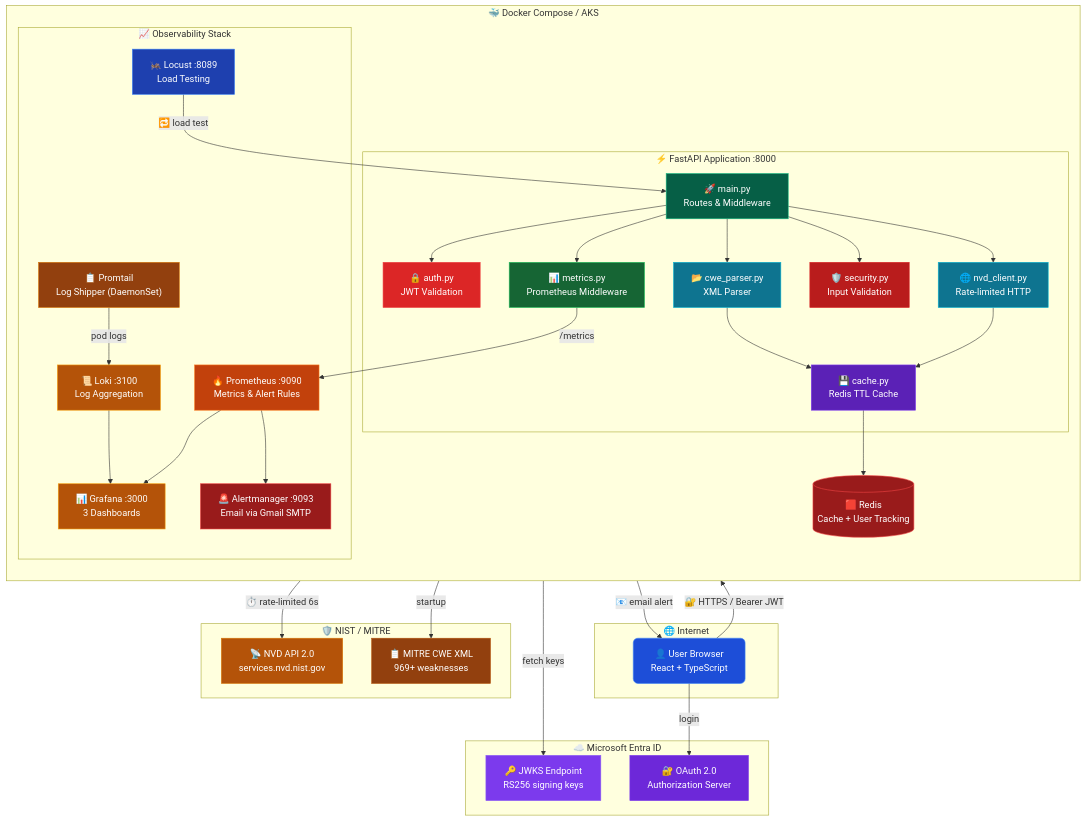
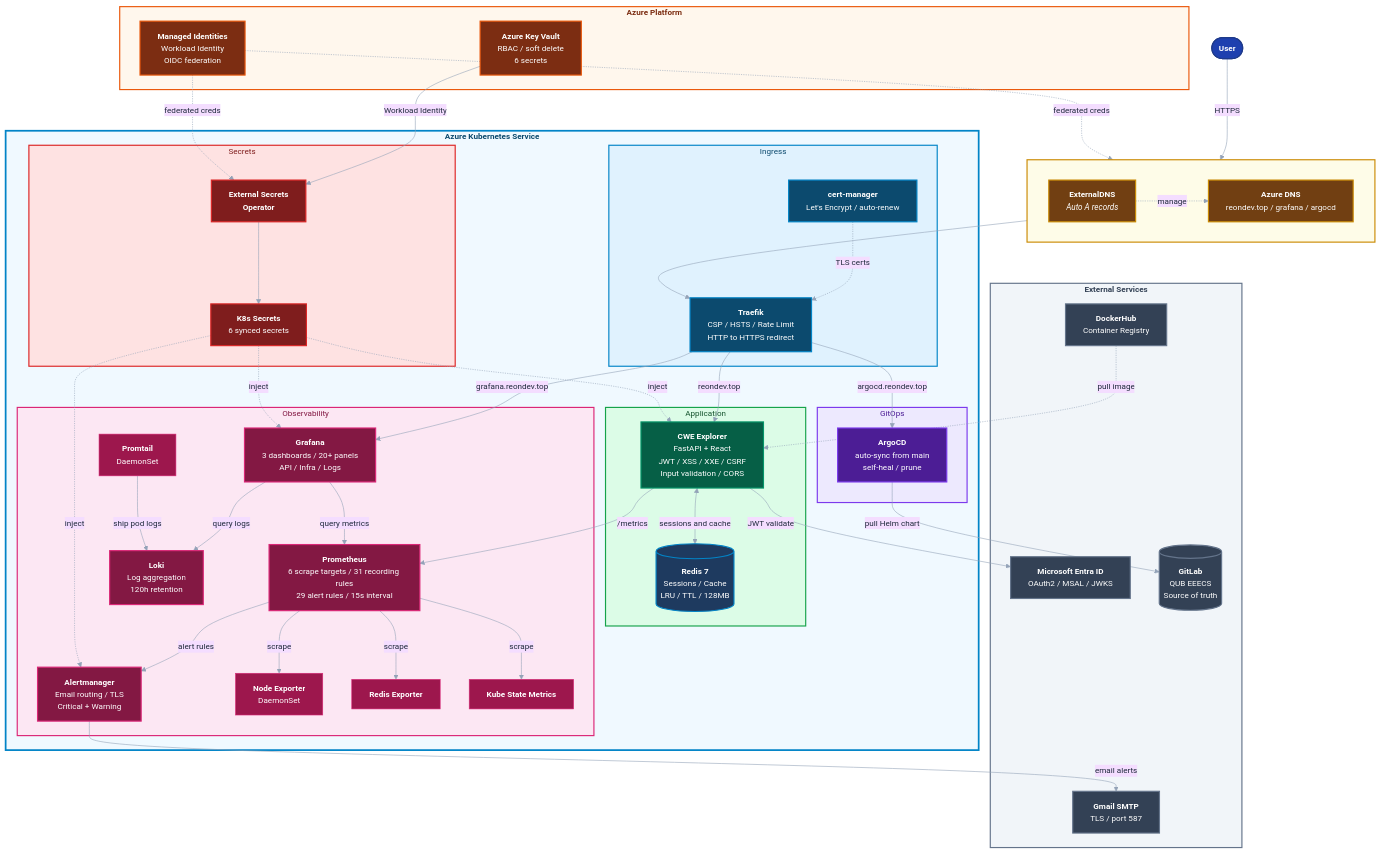
Before and after one commit to reonbritto/test-proj: the first of 2 diagrams in README.md, drawn with Mermaid. The commit also changed other lines of this file, not shown here.

````diff
--- a/README.md
+++ b/README.md
@@ -48,75 +70,123 @@
 ```mermaid
-graph TB
-    subgraph Internet["🌐 Internet"]
-        USER["👤 User Browser\nReact + TypeScript"]
+%%{init: {'theme': 'base', 'themeVariables': {'fontSize': '14px', 'lineColor': '#94a3b8', 'primaryTextColor': '#1e293b'}}}%%
+flowchart TD
+    User(["<b>User</b>"])
+
+    User -->|HTTPS| DNS
+
+    subgraph INTERNET[" "]
+        direction LR
+        DNS["<b>Azure DNS</b><br/>reondev.top / grafana / argocd"]
+        ExtDNS["<b>ExternalDNS</b><br/><i>Auto A records</i>"]
+        ExtDNS -.->|manage| DNS
     end
 
-    subgraph AzureAD["☁️ Microsoft Entra ID"]
-        JWKS["🔑 JWKS Endpoint\nRS256 signing keys"]
-        OAUTH["🔐 OAuth 2.0\nAuthorization Server"]
+    DNS --> Traefik
+
+    subgraph AKS["<b>Azure Kubernetes Service</b>"]
+
+        subgraph INGRESS["Ingress"]
+            Traefik["<b>Traefik</b><br/>CSP / HSTS / Rate Limit<br/>HTTP to HTTPS redirect"]
+            CertMgr["<b>cert-manager</b><br/>Let's Encrypt / auto-renew"]
+            CertMgr -.->|TLS certs| Traefik
+        end
+
+        subgraph APPLICATION["Application"]
+            App["<b>CWE Explorer</b><br/>FastAPI + React<br/>JWT / XSS / XXE / CSRF<br/>Input validation / CORS"]
+            Redis[("<b>Redis 7</b><br/>Sessions / Cache<br/>LRU / TTL / 128MB")]
+            App <-->|sessions and cache| Redis
+        end
+
+        subgraph OBSERVABILITY["Observability"]
+            Prometheus["<b>Prometheus</b><br/>6 scrape targets / 31 recording rules<br/>29 alert rules / 15s interval"]
+            Grafana["<b>Grafana</b><br/>3 dashboards / 20+ panels<br/>API / Infra / Logs"]
+            Loki["<b>Loki</b><br/>Log aggregation<br/>120h retention"]
+            AM["<b>Alertmanager</b><br/>Email routing / TLS<br/>Critical + Warning"]
+            Promtail["<b>Promtail</b><br/>DaemonSet"]
+            NodeExp["<b>Node Exporter</b><br/>DaemonSet"]
+            RedisExp["<b>Redis Exporter</b>"]
+            KSM["<b>Kube State Metrics</b>"]
+        end
+
+        subgraph GITOPS["GitOps"]
+            ArgoCD["<b>ArgoCD</b><br/>auto-sync from main<br/>self-heal / prune"]
+        end
+
+        subgraph SECRETS["Secrets"]
+            ESO["<b>External Secrets<br/>Operator</b>"]
+            K8sSec["<b>K8s Secrets</b><br/>6 synced secrets"]
+            ESO --> K8sSec
+        end
     end
 
-    subgraph NVD["🛡️ NIST / MITRE"]
-        NVDAPI["📡 NVD API 2.0\nservices.nvd.nist.gov"]
-        MITRE["📋 MITRE CWE XML\n969+ weaknesses"]
+    subgraph AZURE["<b>Azure Platform</b>"]
+        KV["<b>Azure Key Vault</b><br/>RBAC / soft delete<br/>6 secrets"]
+        MID["<b>Managed Identities</b><br/>Workload Identity<br/>OIDC federation"]
     end
 
-    subgraph App["🐳 Docker Compose / AKS"]
-        direction TB
-
-        subgraph Backend["⚡ FastAPI Application :8000"]
-            MAIN["🚀 main.py\nRoutes & Middleware"]
-            AUTH["🔒 auth.py\nJWT Validation"]
-            NVD_C["🌐 nvd_client.py\nRate-limited HTTP"]
-            CWE_P["📂 cwe_parser.py\nXML Parser"]
-            CACHE["💾 cache.py\nRedis TTL Cache"]
-            SEC["🛡️ security.py\nInput Validation"]
-            METRICS_M["📊 metrics.py\nPrometheus Middleware"]
-        end
-
-        subgraph Observability["📈 Observability Stack"]
-            PROM["🔥 Prometheus :9090\nMetrics & Alert Rules"]
-            GRAF["📊 Grafana :3000\n3 Dashboards"]
-            ALERT["🚨 Alertmanager :9093\nEmail via Gmail SMTP"]
-            LOKI["📜 Loki :3100\nLog Aggregation"]
-            PROMTAIL["📋 Promtail\nLog Shipper (DaemonSet)"]
-            LOCUST["🦗 Locust :8089\nLoad Testing"]
-        end
-
-        REDIS[("🟥 Redis\nCache + User Tracking")]
+    subgraph EXTERNAL["<b>External Services</b>"]
+        MSAL["<b>Microsoft Entra ID</b><br/>OAuth2 / MSAL / JWKS"]
+        SMTP["<b>Gmail SMTP</b><br/>TLS / port 587"]
+        Hub["<b>DockerHub</b><br/>Container Registry"]
+        GL[("<b>GitLab</b><br/>QUB EEECS<br/>Source of truth")]
     end
 
-    USER -- "🔐 HTTPS / Bearer JWT" --> MAIN
-    MAIN --> AUTH & NVD_C & CWE_P & SEC & METRICS_M
-    AUTH -- "fetch keys" --> JWKS
-    USER -- "login" --> OAUTH
-    NVD_C -- "⏱️ rate-limited 6s" --> NVDAPI
-    CWE_P -- "startup" --> MITRE
-    NVD_C & CWE_P --> CACHE --> REDIS
-    METRICS_M -- "/metrics" --> PROM
-    PROM --> GRAF & ALERT
-    PROMTAIL -- "pod logs" --> LOKI
-    LOKI --> GRAF
-    ALERT -- "📧 email alert" --> USER
-    LOCUST -- "🔁 load test" --> MAIN
+    Traefik -->|reondev.top| App
+    Traefik -->|grafana.reondev.top| Grafana
+    Traefik -->|argocd.reondev.top| ArgoCD
 
-    style USER fill:#1d4ed8,stroke:#3b82f6,color:#fff,rx:8
-    style JWKS fill:#7c3aed,stroke:#8b5cf6,color:#fff
-    style OAUTH fill:#6d28d9,stroke:#7c3aed,color:#fff
-    style NVDAPI fill:#b45309,stroke:#d97706,color:#fff
-    style MITRE fill:#92400e,stroke:#b45309,color:#fff
-    style MAIN fill:#065f46,stroke:#10b981,color:#fff
-    style AUTH fill:#dc2626,stroke:#ef4444,color:#fff
-    style NVD_C fill:#0e7490,stroke:#06b6d4,color:#fff
-    style CWE_P fill:#0e7490,stroke:#06b6d4,color:#fff
-    style CACHE fill:#5b21b6,stroke:#7c3aed,color:#fff
-    style SEC fill:#b91c1c,stroke:#dc2626,color:#fff
-    style METRICS_M fill:#166534,stroke:#22c55e,color:#fff
-    style PROM fill:#c2410c,stroke:#f97316,color:#fff
-    style GRAF fill:#b45309,stroke:#f59e0b,color:#fff
-    style ALERT fill:#991b1b,stroke:#ef4444,color:#fff
-    style LOKI fill:#b45309,stroke:#f59e0b,color:#fff
-    style PROMTAIL fill:#92400e,stroke:#d97706,color:#fff
-    style LOCUST fill:#1e40af,stroke:#3b82f6,color:#fff
-    style REDIS fill:#991b1b,stroke:#ef4444,color:#fff
+    App -->|/metrics| Prometheus
+    Prometheus -->|scrape| NodeExp
+    Prometheus -->|scrape| RedisExp
+    Prometheus -->|scrape| KSM
+    Prometheus -->|alert rules| AM
+    Grafana -->|query metrics| Prometheus
+    Grafana -->|query logs| Loki
+    Promtail -->|ship pod logs| Loki
+
+    App -->|JWT validate| MSAL
+    AM -->|email alerts| SMTP
+    ArgoCD -->|pull Helm chart| GL
+    Hub -.->|pull image| App
+
+    KV -->|Workload Identity| ESO
+    MID -.->|federated creds| ESO
+    MID -.->|federated creds| ExtDNS
+    K8sSec -.->|inject| App
+    K8sSec -.->|inject| AM
+    K8sSec -.->|inject| Grafana
+
+    style AKS fill:#f0f9ff,stroke:#0284c7,stroke-width:3px,color:#0c4a6e
+    style INGRESS fill:#e0f2fe,stroke:#0284c7,stroke-width:2px,color:#0c4a6e
+    style APPLICATION fill:#dcfce7,stroke:#16a34a,stroke-width:2px,color:#14532d
+    style OBSERVABILITY fill:#fce7f3,stroke:#db2777,stroke-width:2px,color:#831843
+    style GITOPS fill:#ede9fe,stroke:#7c3aed,stroke-width:2px,color:#4c1d95
+    style SECRETS fill:#fee2e2,stroke:#dc2626,stroke-width:2px,color:#7f1d1d
+    style AZURE fill:#fff7ed,stroke:#ea580c,stroke-width:2px,color:#7c2d12
+    style EXTERNAL fill:#f1f5f9,stroke:#64748b,stroke-width:2px,color:#334155
+    style INTERNET fill:#fefce8,stroke:#ca8a04,stroke-width:2px,color:#713f12
+    style User fill:#1e40af,stroke:#1e3a8a,stroke-width:2px,color:#fff
+    style App fill:#065f46,stroke:#059669,stroke-width:2px,color:#fff
+    style Redis fill:#1e3a5f,stroke:#0284c7,stroke-width:2px,color:#fff
+    style Traefik fill:#0c4a6e,stroke:#0284c7,stroke-width:2px,color:#fff
+    style CertMgr fill:#0c4a6e,stroke:#0284c7,stroke-width:2px,color:#fff
+    style ArgoCD fill:#4c1d95,stroke:#7c3aed,stroke-width:2px,color:#fff
+    style Prometheus fill:#831843,stroke:#db2777,stroke-width:2px,color:#fff
+    style Grafana fill:#831843,stroke:#db2777,stroke-width:2px,color:#fff
+    style Loki fill:#831843,stroke:#db2777,stroke-width:2px,color:#fff
+    style AM fill:#831843,stroke:#db2777,stroke-width:2px,color:#fff
+    style Promtail fill:#9d174d,stroke:#db2777,stroke-width:1px,color:#fff
+    style NodeExp fill:#9d174d,stroke:#db2777,stroke-width:1px,color:#fff
+    style RedisExp fill:#9d174d,stroke:#db2777,stroke-width:1px,color:#fff
+    style KSM fill:#9d174d,stroke:#db2777,stroke-width:1px,color:#fff
+    style ESO fill:#7f1d1d,stroke:#dc2626,stroke-width:2px,color:#fff
+    style K8sSec fill:#7f1d1d,stroke:#dc2626,stroke-width:2px,color:#fff
+    style KV fill:#7c2d12,stroke:#ea580c,stroke-width:2px,color:#fff
+    style MID fill:#7c2d12,stroke:#ea580c,stroke-width:2px,color:#fff
+    style MSAL fill:#334155,stroke:#64748b,stroke-width:2px,color:#fff
+    style SMTP fill:#334155,stroke:#64748b,stroke-width:2px,color:#fff
+    style Hub fill:#334155,stroke:#64748b,stroke-width:2px,color:#fff
+    style GL fill:#334155,stroke:#64748b,stroke-width:2px,color:#fff
+    style DNS fill:#713f12,stroke:#ca8a04,stroke-width:2px,color:#fff
+    style ExtDNS fill:#713f12,stroke:#ca8a04,stroke-width:2px,color:#fff
 ```
````
